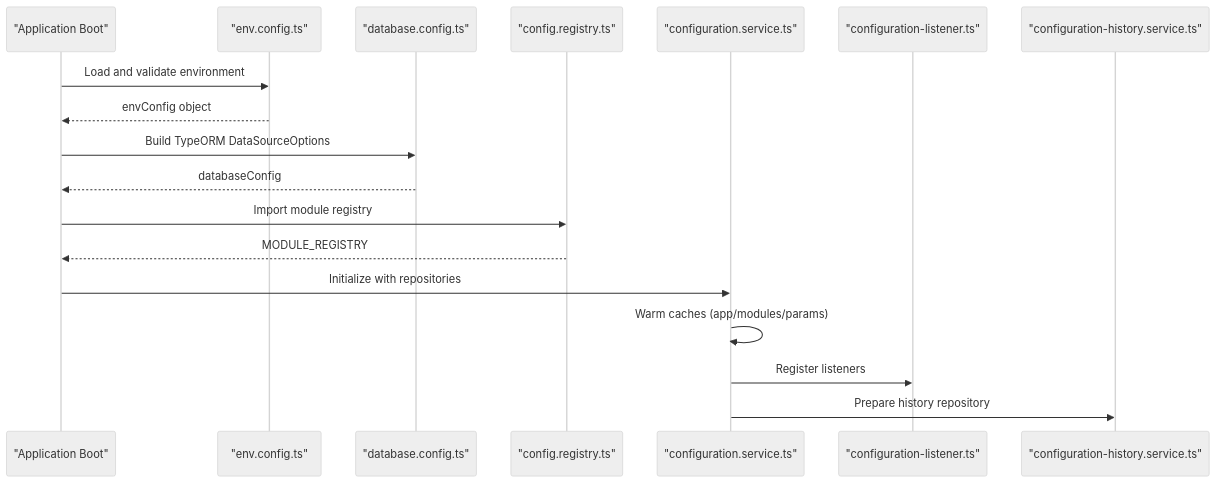
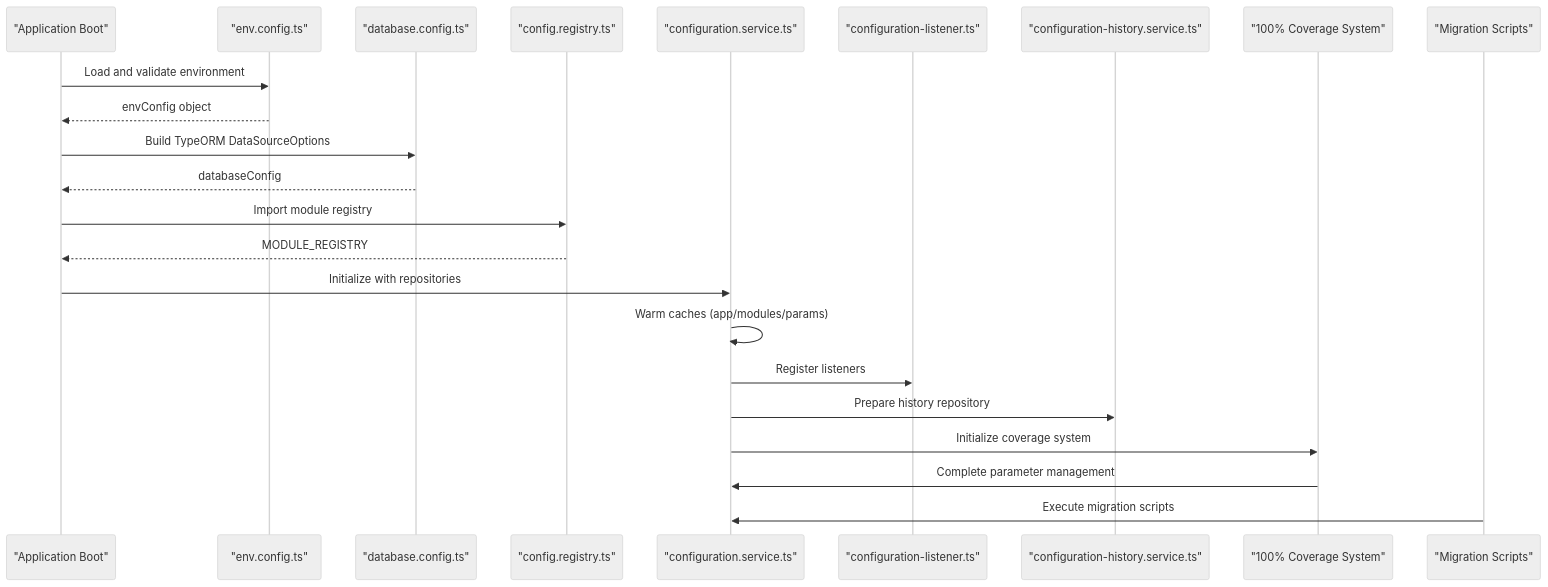
The second of 12 diagrams in .qoder/repowiki/en/content/Configuration & Environment Management.md (franckylab/eLISAschool), drawn with Mermaid (neutral theme) before and after one commit. The commit also changed other lines of this file and 155 other files, not shown here.

````diff
--- a/.qoder/repowiki/en/content/Configuration & Environment Management.md
+++ b/.qoder/repowiki/en/content/Configuration & Environment Management.md
@@ -108,20 +137,25 @@
 ```mermaid
 sequenceDiagram
 participant Boot as "Application Boot"
 participant Env as "env.config.ts"
 participant DB as "database.config.ts"
 participant Reg as "config.registry.ts"
 participant Svc as "configuration.service.ts"
 participant Lsn as "configuration-listener.ts"
 participant His as "configuration-history.service.ts"
+participant Cov as "100% Coverage System"
+participant Mig as "Migration Scripts"
 Boot->>Env : Load and validate environment
 Env-->>Boot : envConfig object
 Boot->>DB : Build TypeORM DataSourceOptions
 DB-->>Boot : databaseConfig
 Boot->>Reg : Import module registry
 Reg-->>Boot : MODULE_REGISTRY
 Boot->>Svc : Initialize with repositories
 Svc->>Svc : Warm caches (app/modules/params)
 Svc->>Lsn : Register listeners
 Svc->>His : Prepare history repository
+Svc->>Cov : Initialize coverage system
+Cov->>Svc : Complete parameter management
+Mig->>Svc : Execute migration scripts
 ```
````
